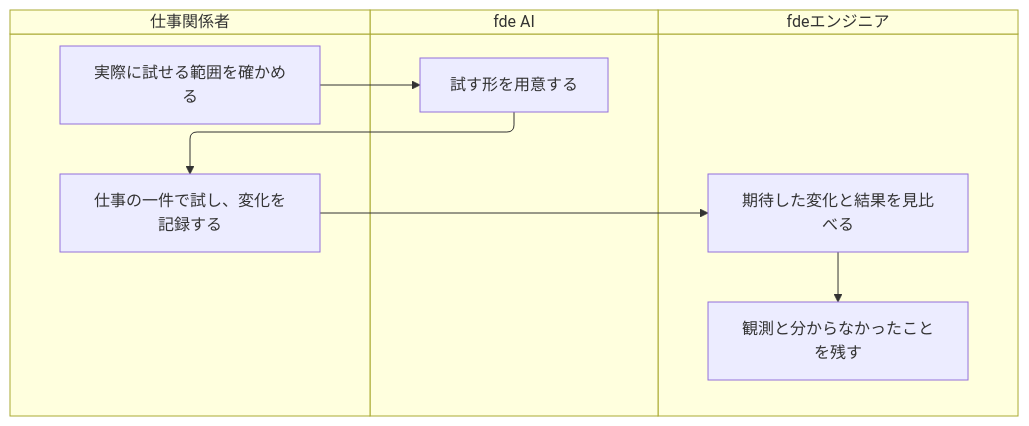
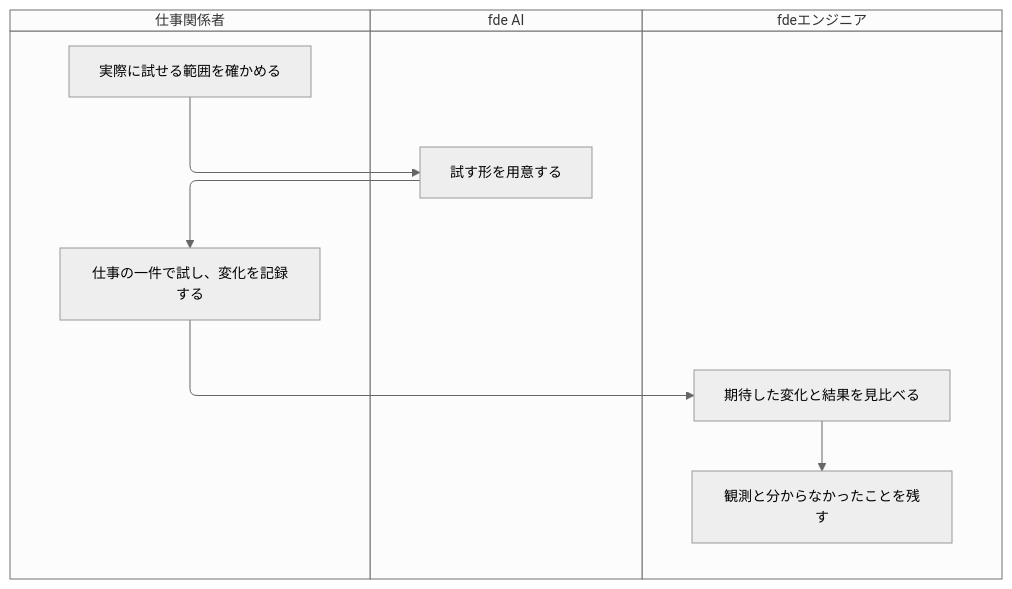
The second of 2 diagrams in experiments/fde-product-pivot/visualization/work/validate/README.md (maakbo/fde), drawn with Mermaid before and after one commit. The commit also changed other lines of this file and 5 other files, not shown here.

````diff
--- a/experiments/fde-product-pivot/visualization/work/validate/README.md
+++ b/experiments/fde-product-pivot/visualization/work/validate/README.md
@@ -58,16 +64,28 @@
 ```mermaid
+---
+config:
+  theme: neutral
+  swimlane:
+    ignoreCrossLaneEdges: false
+    optimizeRanksByCrossings: false
+  themeVariables:
+    fontFamily: "Inter, Hiragino Sans, sans-serif"
+    fontSize: "14px"
+---
 swimlane-beta TB
+  accTitle: 試して変化を確かめる
+  accDescr: 仕事関係者が試せる範囲を確かめ、fde AIが試す形を用意します。仕事関係者が試し、fdeエンジニアが比較して観測と未確認点を残します。
   %% 手順は上から下。誰が判断し、どこで情報を受け渡すかを示す。
   subgraph people [仕事関係者]
     agree["実際に試せる範囲を確かめる"]
     run["仕事の一件で試し、変化を記録する"]
   end
   subgraph ai [fde AI]
     prototype["試す形を用意する"]
   end
   subgraph engineer [fdeエンジニア]
     compare["期待した変化と結果を見比べる"]
     save["観測と分からなかったことを残す"]
   end
   agree --> prototype --> run --> compare --> save
 ```
````
